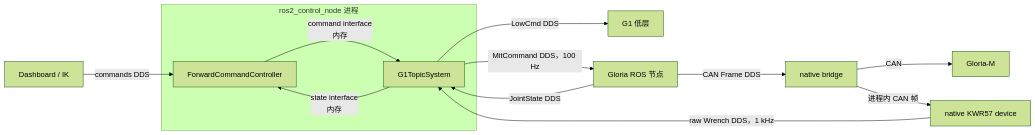
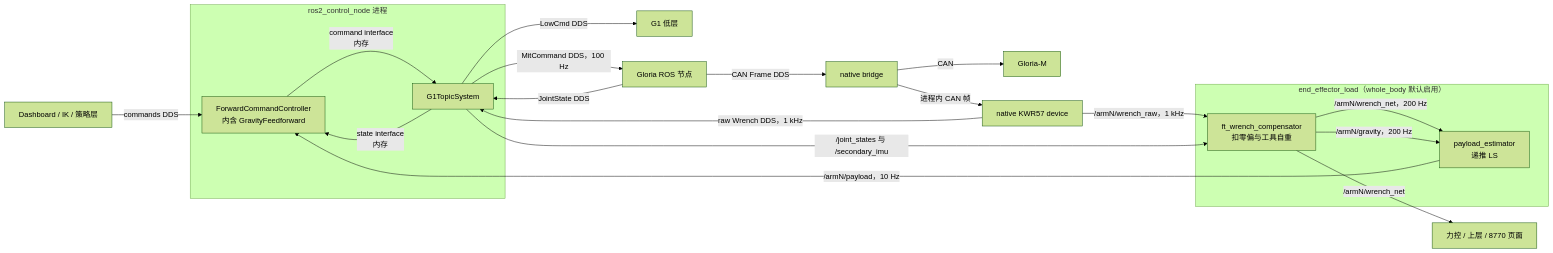
Before and after one commit to yizhongzhang1989/Unitree_G1_Workspace: the second of 2 diagrams in src/robot_bringup/README.md, drawn with Mermaid (forest theme). The commit also changed other lines of this file and 66 other files, not shown here.

First line of the commit message:
End effector load part1 (#8)

````diff
--- a/src/robot_bringup/README.md
+++ b/src/robot_bringup/README.md
@@ -74,15 +75,26 @@
 ```mermaid
 flowchart LR
-  D["Dashboard / IK"] -->|"commands DDS"| C
+  D["Dashboard / IK / 策略层"] -->|"commands DDS"| C
   subgraph RP["ros2_control_node 进程"]
-    C["ForwardCommandController"] -->|"command interface\n内存"| H["G1TopicSystem"]
+    C["ForwardCommandController<br/>内含 GravityFeedforward"] -->|"command interface\n内存"| H["G1TopicSystem"]
     H -->|"state interface\n内存"| C
   end
   H -->|"LowCmd DDS"| G1["G1 低层"]
   H -->|"MitCommand DDS，100 Hz"| GL["Gloria ROS 节点"]
   GL -->|"CAN Frame DDS"| B["native bridge"]
   B -->|"CAN"| GH["Gloria-M"]
   B -->|"进程内 CAN 帧"| K["native KWR57 device"]
   K -->|"raw Wrench DDS，1 kHz"| H
   GL -->|"JointState DDS"| H
+
+  subgraph EL["end_effector_load（whole_body 默认启用）"]
+    FT["ft_wrench_compensator<br/>扣零偏与工具自重"]
+    PE["payload_estimator<br/>递推 LS"]
+  end
+  K -->|"/armN/wrench_raw，1 kHz"| FT
+  H -->|"/joint_states 与 /secondary_imu"| FT
+  FT -->|"/armN/wrench_net，200 Hz"| PE
+  FT -->|"/armN/gravity，200 Hz"| PE
+  FT -->|"/armN/wrench_net"| USE["力控 / 上层 / 8770 页面"]
+  PE -->|"/armN/payload，10 Hz"| C
 ```
````
